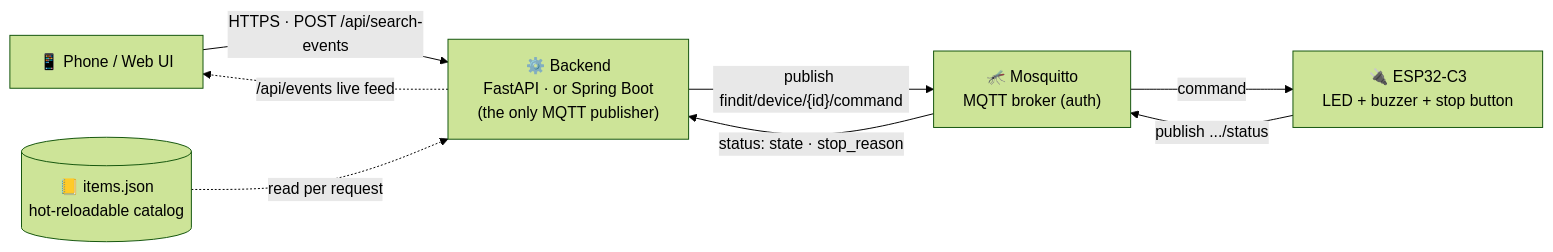
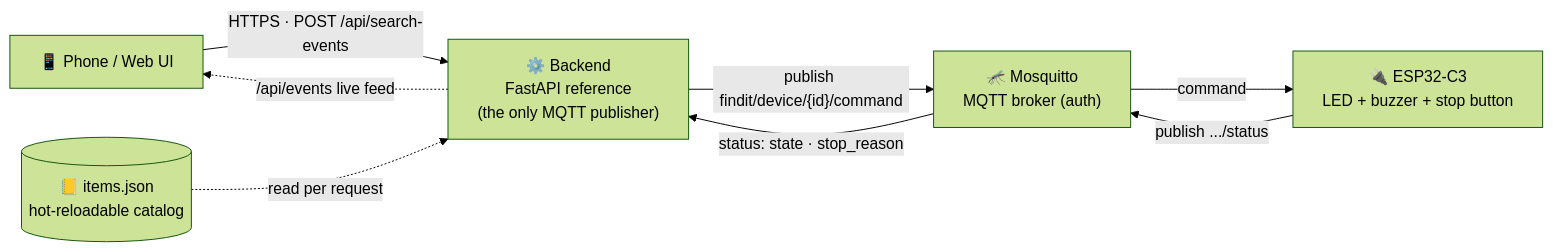
Before and after one commit to HarryXin0919/FindItem: the diagram in README.md, drawn with Mermaid (forest theme). The commit also changed other lines of this file and 5 other files, not shown here.

Commit message:
Sync TRAE contest version and harden device flow

````diff
--- a/README.md
+++ b/README.md
@@ -37,11 +45,11 @@
 ```mermaid
 flowchart LR
     UI["📱 Phone / Web UI"] -->|"HTTPS · POST /api/search-events"| BE
-    BE["⚙️ Backend<br/>FastAPI · or Spring Boot<br/>(the only MQTT publisher)"]
+    BE["⚙️ Backend<br/>FastAPI reference<br/>(the only MQTT publisher)"]
     CAT[("📒 items.json<br/>hot-reloadable catalog")] -. "read per request" .-> BE
     BE -->|"publish findit/device/{id}/command"| BR["🦟 Mosquitto<br/>MQTT broker (auth)"]
     BR -->|"command"| ESP["🔌 ESP32-C3<br/>LED + buzzer + stop button"]
     ESP -->|"publish .../status"| BR
     BR -->|"status: state · stop_reason"| BE
     BE -. "/api/events live feed" .-> UI
 ```
````
